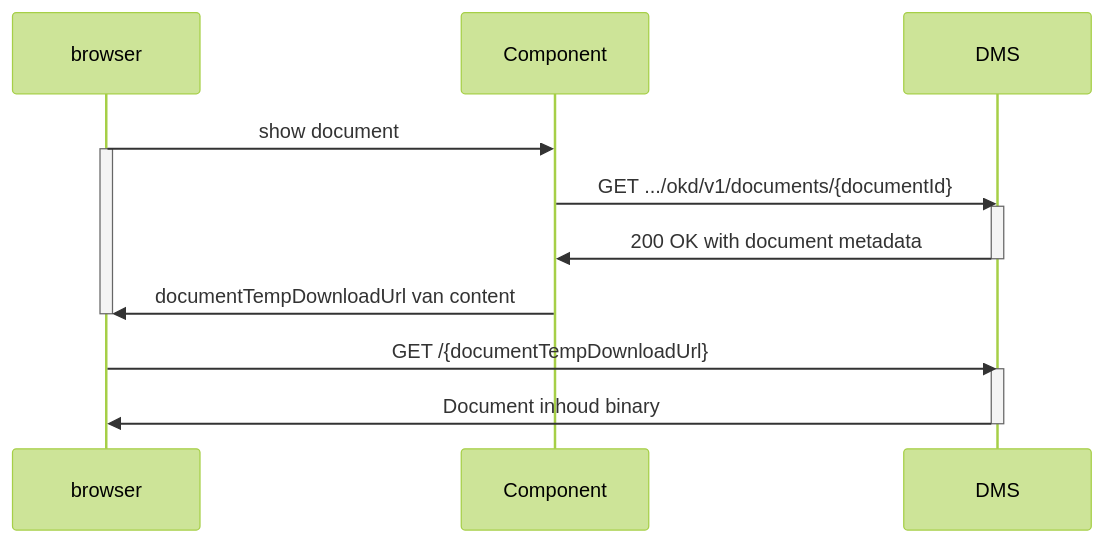
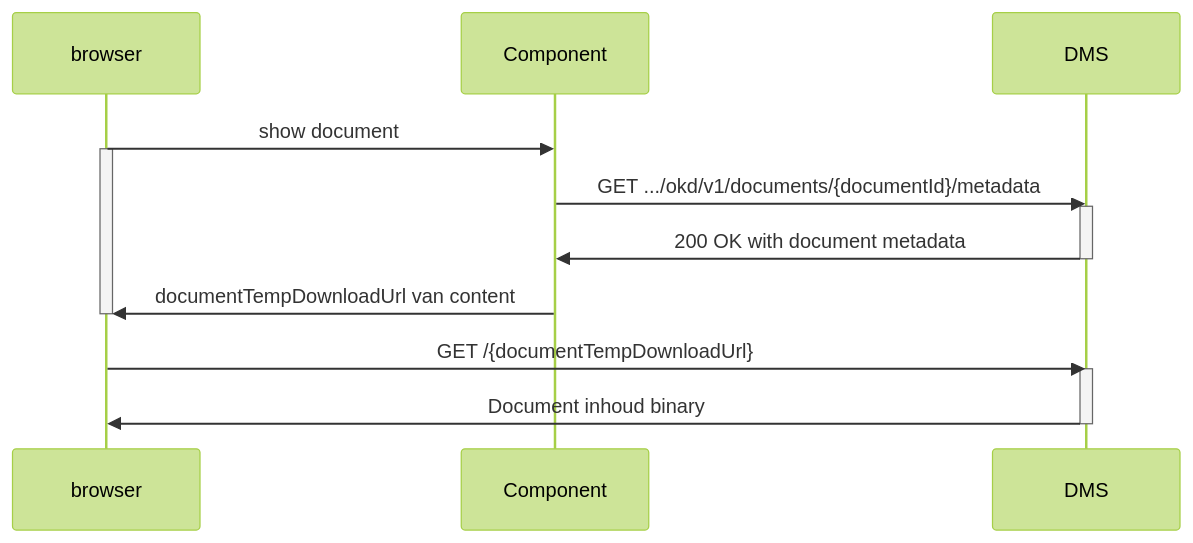
One commit to Onderwijs-Koppelingen-OKx/OKD-Document-Management changed the second of 2 diagrams in doc/flow-x.md. Above: the diagram before and after it, drawn with Mermaid (forest theme). The commit also changed other lines of this file and 3 other files, not shown here.

````diff
--- a/doc/flow-x.md
+++ b/doc/flow-x.md
@@ -42,18 +42,18 @@
 ```mermaid
 sequenceDiagram
     participant browser
     participant Component
     participant DMS
     browser ->> Component: show document
     activate browser
-    Component->>DMS: GET .../okd/v1/documents/{documentId}
+    Component->>DMS: GET .../okd/v1/documents/{documentId}/metadata
     activate DMS
     DMS->>Component: 200 OK with document metadata
     deactivate DMS
     Component ->> browser: documentTempDownloadUrl van content
     deactivate browser
     browser->>DMS: GET /{documentTempDownloadUrl}
     activate DMS
     DMS->>browser: Document inhoud binary
     deactivate DMS
 ```
````
